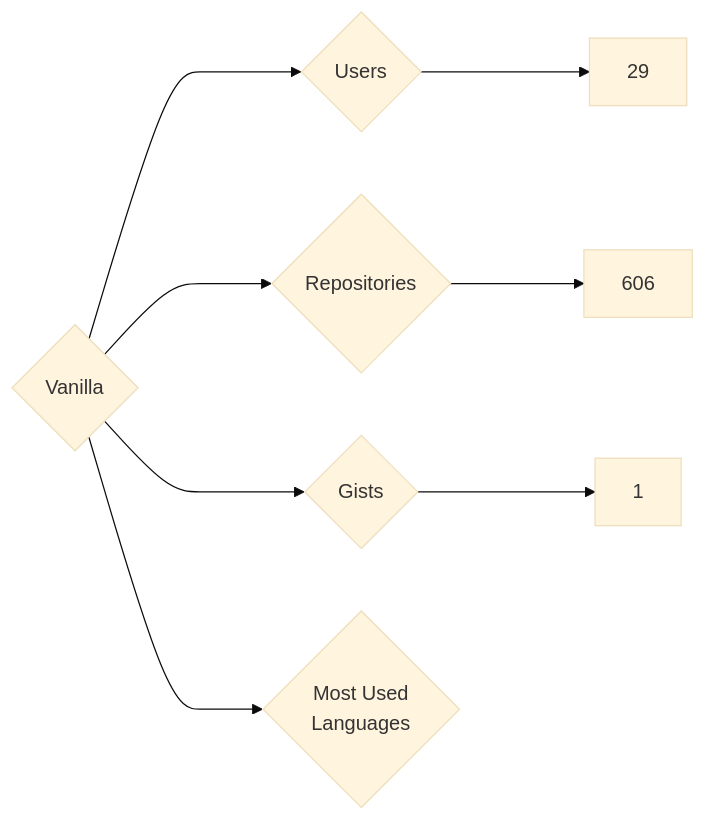
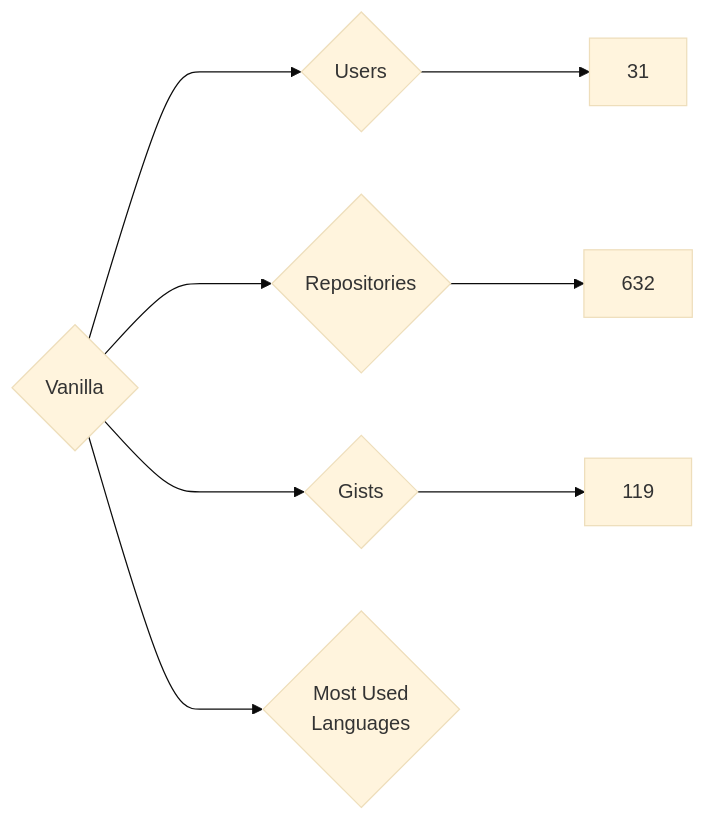
Before and after one commit to nenadzaric/insiders: the diagram in targets/Vanilla/README.md, drawn with Mermaid (base theme). The commit also changed 1342 other files, not shown here.

````diff
--- a/targets/Vanilla/README.md
+++ b/targets/Vanilla/README.md
@@ -3,8 +3,8 @@
 ```mermaid
 graph LR
 COMPANY_NAME{Vanilla}
-COMPANY_NAME ---> U{Users} ---> UN[29]
-COMPANY_NAME ---> R{Repositories} ---> RN[606]
-COMPANY_NAME ---> G{Gists} ---> GN[1]
+COMPANY_NAME ---> U{Users} ---> UN[31]
+COMPANY_NAME ---> R{Repositories} ---> RN[632]
+COMPANY_NAME ---> G{Gists} ---> GN[119]
 COMPANY_NAME ---> ML{Most Used<br>Languages}
 ```
````
